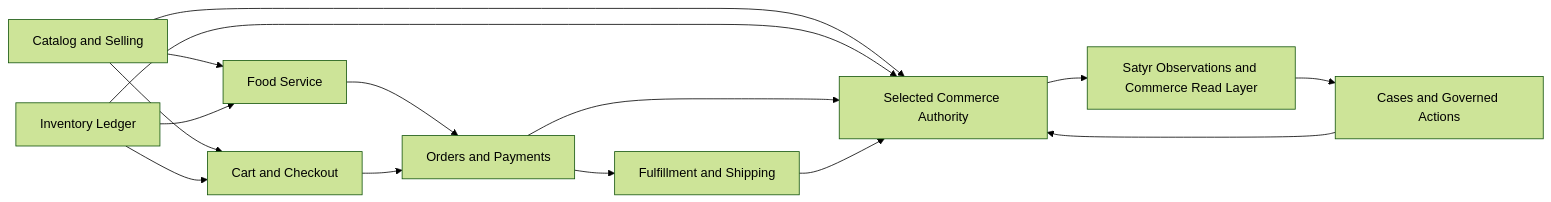
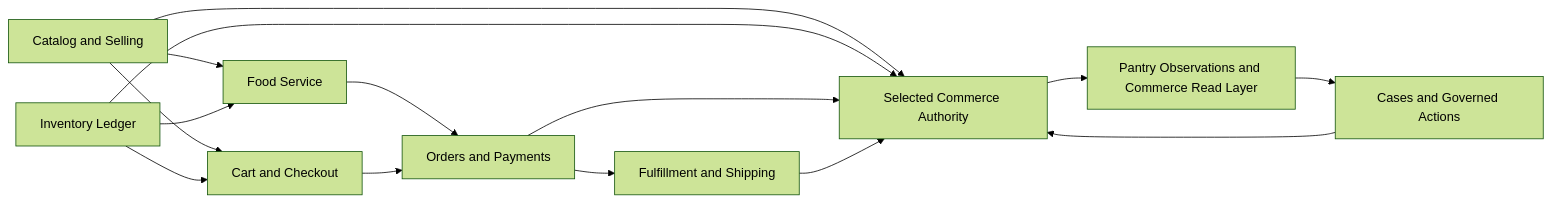
One commit to purin-labs/pantry changed the diagram in docs/commerce-domain-architecture.md. Above: the diagram before and after it, drawn with Mermaid (forest theme). The commit also changed other lines of this file and 1225 other files, not shown here.

````diff
--- a/docs/commerce-domain-architecture.md
+++ b/docs/commerce-domain-architecture.md
@@ -90,27 +90,27 @@
 ```mermaid
 flowchart LR
     Catalog["Catalog and Selling"]
     Inventory["Inventory Ledger"]
     Food["Food Service"]
     Online["Cart and Checkout"]
     Orders["Orders and Payments"]
     Fulfillment["Fulfillment and Shipping"]
     Provider["Selected Commerce Authority"]
-    Projection["Satyr Observations and Commerce Read Layer"]
+    Projection["Pantry Observations and Commerce Read Layer"]
     Cases["Cases and Governed Actions"]
 
     Catalog --> Online
     Catalog --> Food
     Inventory --> Online
     Inventory --> Food
     Food --> Orders
     Online --> Orders
     Orders --> Fulfillment
     Catalog --> Provider
     Inventory --> Provider
     Orders --> Provider
     Fulfillment --> Provider
     Provider --> Projection
     Projection --> Cases
     Cases --> Provider
 ```
````
